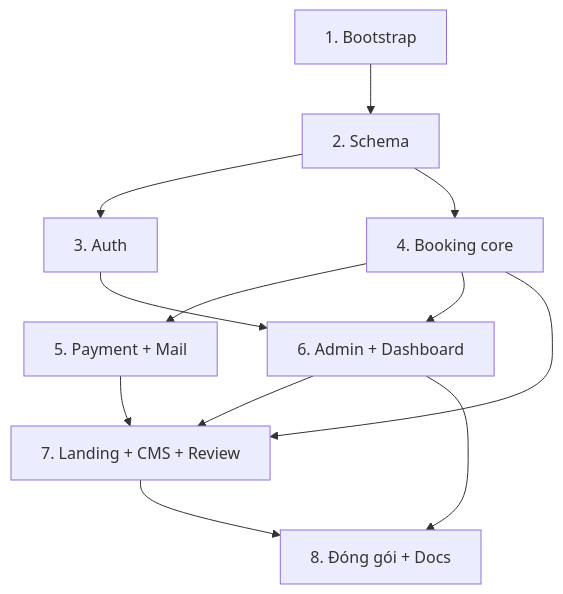
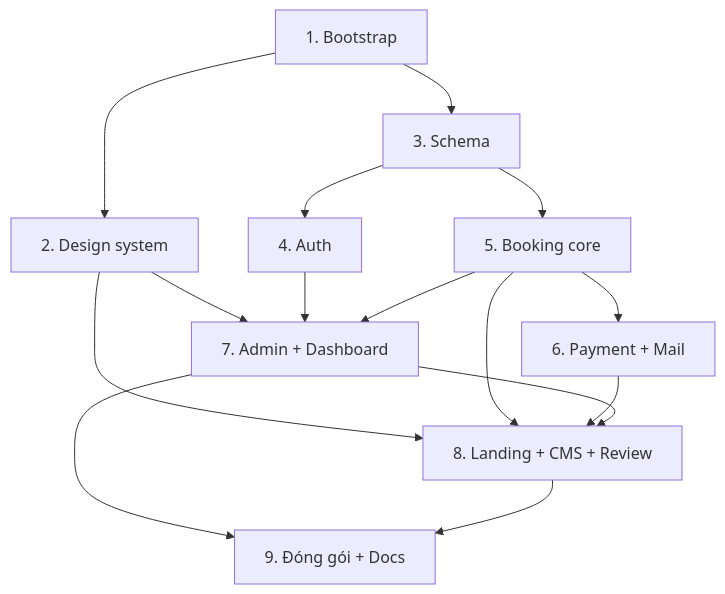
One commit to nhquan403/Project-Final-TVU changed the second of 2 diagrams in plans/260907-1304-homestay-tvh-booking/plan.md. Above: the diagram before and after it, drawn with Mermaid. The commit also changed other lines of this file and 10 other files, not shown here.

First line of the commit message:
docs: add design system phase and raise the UI/UX bar

````diff
--- a/plans/260907-1304-homestay-tvh-booking/plan.md
+++ b/plans/260907-1304-homestay-tvh-booking/plan.md
@@ -89,14 +96,17 @@
 ```mermaid
 flowchart TD
-    P1[1. Bootstrap] --> P2[2. Schema]
-    P2 --> P3[3. Auth]
-    P2 --> P4[4. Booking core]
-    P4 --> P5[5. Payment + Mail]
-    P3 --> P6[6. Admin + Dashboard]
-    P4 --> P6
-    P4 --> P7[7. Landing + CMS + Review]
+    P1[1. Bootstrap] --> P2[2. Design system]
+    P1 --> P3[3. Schema]
+    P3 --> P4[4. Auth]
+    P3 --> P5[5. Booking core]
+    P5 --> P6[6. Payment + Mail]
+    P2 --> P7[7. Admin + Dashboard]
+    P4 --> P7
     P5 --> P7
-    P6 --> P7
-    P6 --> P8[8. Đóng gói + Docs]
+    P2 --> P8[8. Landing + CMS + Review]
+    P5 --> P8
+    P6 --> P8
     P7 --> P8
+    P7 --> P9[9. Đóng gói + Docs]
+    P8 --> P9
 ```
````
